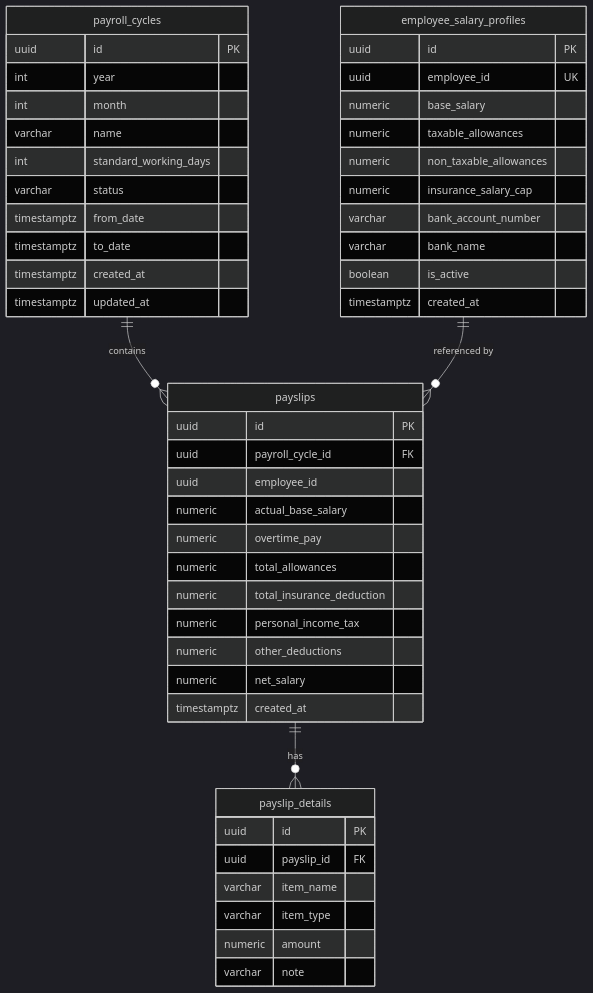
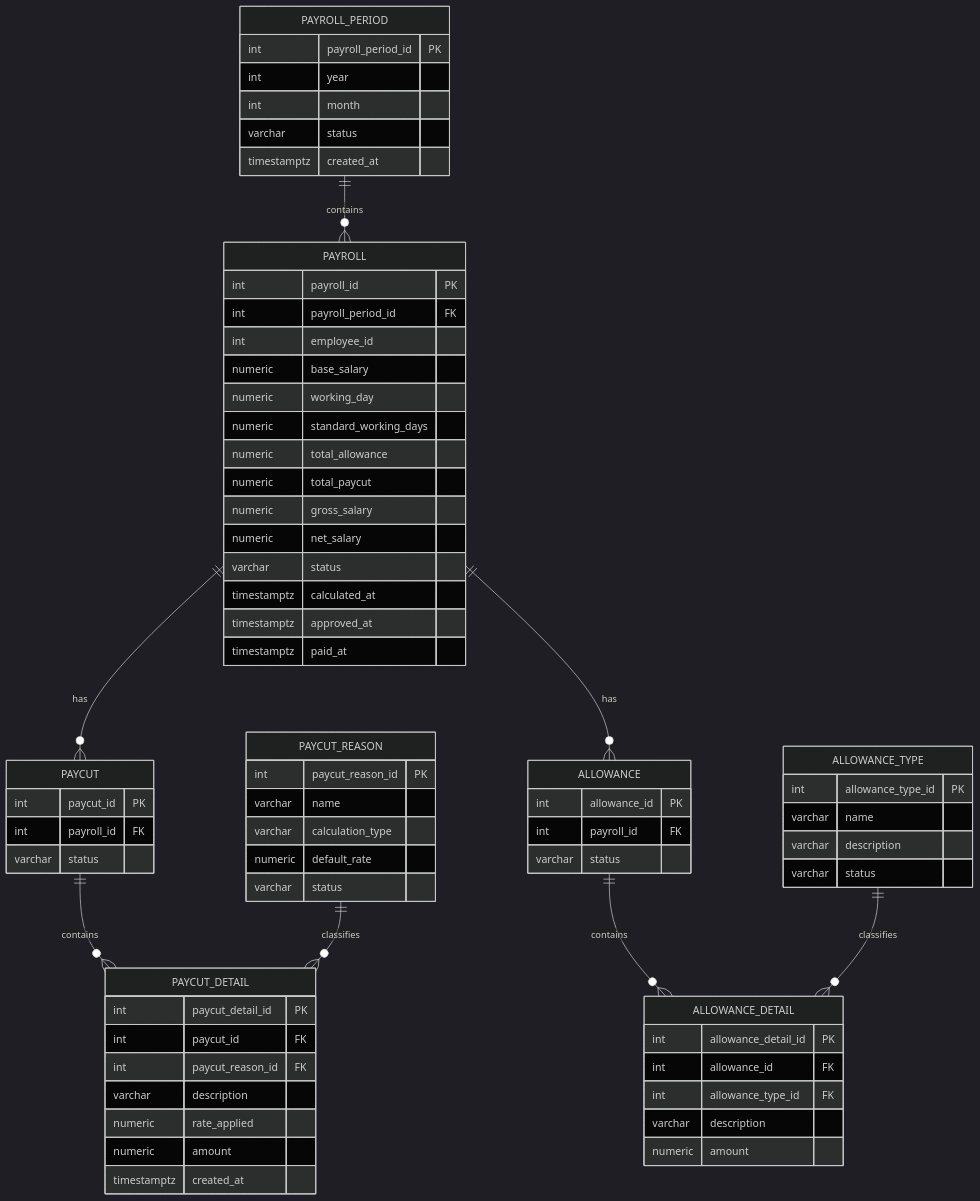
Before and after one commit to David-NXT/HRM: the third of 4 diagrams in docs/ly-thuyet_payroll-clean-architecture.md, drawn with Mermaid (dark theme). The commit also changed other lines of this file and 1 other file, not shown here.

Commit message:
docs(payroll): cập nhật thư mục

````diff
--- a/docs/ly-thuyet_payroll-clean-architecture.md
+++ b/docs/ly-thuyet_payroll-clean-architecture.md
@@ -778,55 +778,80 @@
 ```mermaid
 erDiagram
-    payroll_cycles ||--o{ payslips : "contains"
-    payslips ||--o{ payslip_details : "has"
-    employee_salary_profiles ||--o{ payslips : "referenced by"
+    PAYROLL_PERIOD ||--o{ PAYROLL : "contains"
+    PAYROLL ||--o{ PAYCUT : "has"
+    PAYROLL ||--o{ ALLOWANCE : "has"
+    PAYCUT ||--o{ PAYCUT_DETAIL : "contains"
+    PAYCUT_REASON ||--o{ PAYCUT_DETAIL : "classifies"
+    ALLOWANCE ||--o{ ALLOWANCE_DETAIL : "contains"
+    ALLOWANCE_TYPE ||--o{ ALLOWANCE_DETAIL : "classifies"
 
-    payroll_cycles {
-        uuid id PK
+    PAYROLL_PERIOD {
+        int payroll_period_id PK
         int year
         int month
-        varchar name
-        int standard_working_days
         varchar status
-        timestamptz from_date
-        timestamptz to_date
-        timestamptz created_at
-        timestamptz updated_at
-    }
-
-    employee_salary_profiles {
-        uuid id PK
-        uuid employee_id UK
-        numeric base_salary
-        numeric taxable_allowances
-        numeric non_taxable_allowances
-        numeric insurance_salary_cap
-        varchar bank_account_number
-        varchar bank_name
-        boolean is_active
         timestamptz created_at
     }
 
-    payslips {
-        uuid id PK
-        uuid payroll_cycle_id FK
-        uuid employee_id
-        numeric actual_base_salary
-        numeric overtime_pay
-        numeric total_allowances
-        numeric total_insurance_deduction
-        numeric personal_income_tax
-        numeric other_deductions
+    PAYROLL {
+        int payroll_id PK
+        int payroll_period_id FK
+        int employee_id
+        numeric base_salary
+        numeric working_day
+        numeric standard_working_days
+        numeric total_allowance
+        numeric total_paycut
+        numeric gross_salary
         numeric net_salary
+        varchar status
+        timestamptz calculated_at
+        timestamptz approved_at
+        timestamptz paid_at
+    }
+
+    PAYCUT {
+        int paycut_id PK
+        int payroll_id FK
+        varchar status
+    }
+
+    PAYCUT_REASON {
+        int paycut_reason_id PK
+        varchar name
+        varchar calculation_type
+        numeric default_rate
+        varchar status
+    }
+
+    PAYCUT_DETAIL {
+        int paycut_detail_id PK
+        int paycut_id FK
+        int paycut_reason_id FK
+        varchar description
+        numeric rate_applied
+        numeric amount
         timestamptz created_at
     }
 
-    payslip_details {
-        uuid id PK
-        uuid payslip_id FK
-        varchar item_name
-        varchar item_type
+    ALLOWANCE {
+        int allowance_id PK
+        int payroll_id FK
+        varchar status
+    }
+
+    ALLOWANCE_TYPE {
+        int allowance_type_id PK
+        varchar name
+        varchar description
+        varchar status
+    }
+
+    ALLOWANCE_DETAIL {
+        int allowance_detail_id PK
+        int allowance_id FK
+        int allowance_type_id FK
+        varchar description
         numeric amount
-        varchar note
     }
 ```
````
